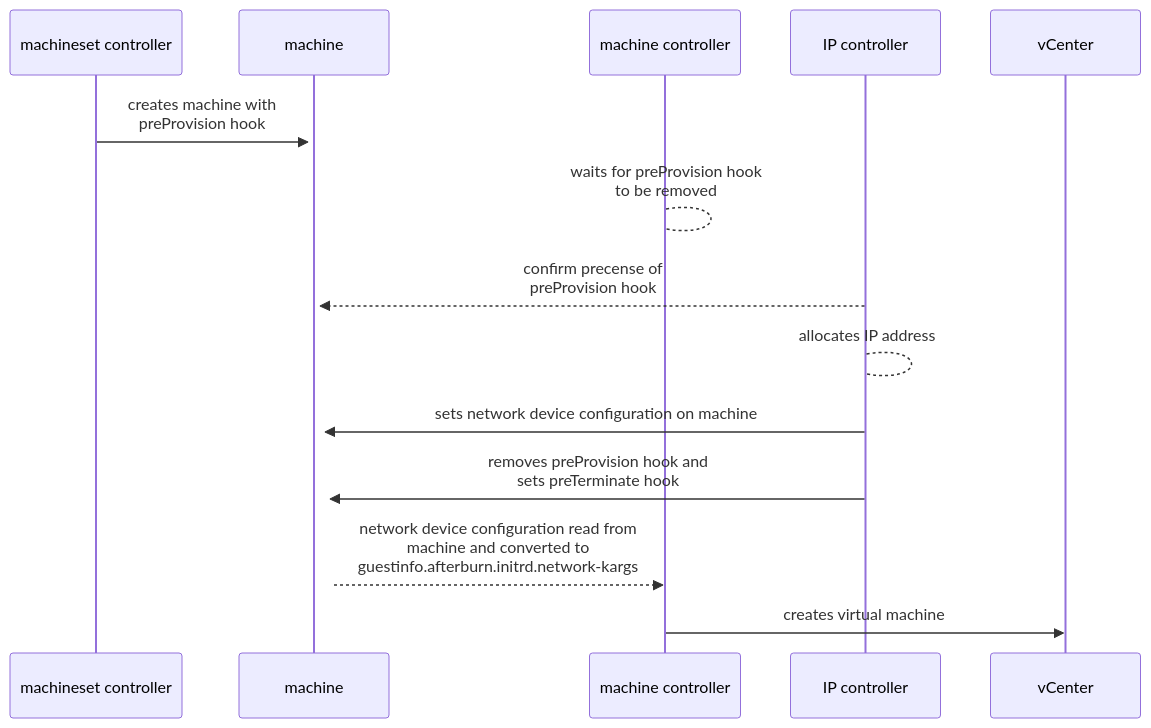
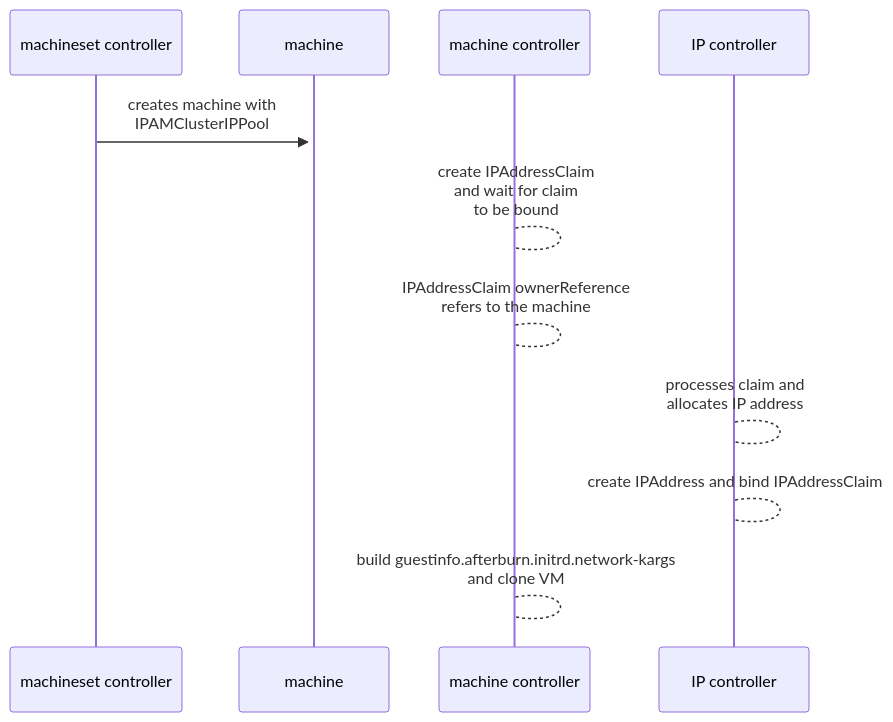
The diagram in enhancements/network/static-ip-addresses-vsphere.md (rvanderp3/enhancements), drawn with Mermaid before and after one commit. The commit also changed other lines of this file, not shown here.

```diff
--- a/enhancements/network/static-ip-addresses-vsphere.md
+++ b/enhancements/network/static-ip-addresses-vsphere.md
@@ -390,11 +431,9 @@
 ~~~mermaid
 sequenceDiagram
-    machineset controller->>+machine: creates machine with<br> preProvision hook
-    machine controller-->machine controller: waits for preProvision hook<br>to be removed
-    IP controller-->>+machine: confirm precense of<br>preProvision hook
-    IP controller-->IP controller: allocates IP address
-    IP controller->>+machine: sets network device configuration on machine
-    IP controller->>+machine: removes preProvision hook and<br>sets preTerminate hook
-    machine-->>machine controller: network device configuration read from <br>machine and converted to<br>guestinfo.afterburn.initrd.network-kargs
-    machine controller->>vCenter: creates virtual machine
+    machineset controller->>+machine: creates machine with<br> IPAMClusterIPPool
+    machine controller-->machine controller: create IPAddressClaim<br>and wait for claim<br>to be bound
+    machine controller-->machine controller: IPAddressClaim ownerReference<br>refers to the machine
+    IP controller-->IP controller: processes claim and<br>allocates IP address    
+    IP controller-->IP controller: create IPAddress and bind IPAddressClaim
+    machine controller-->machine controller: build guestinfo.afterburn.initrd.network-kargs<br>and clone VM
 ~~~
```
